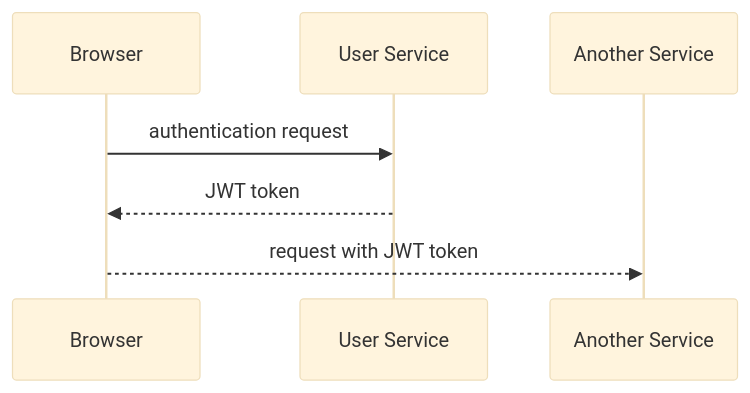
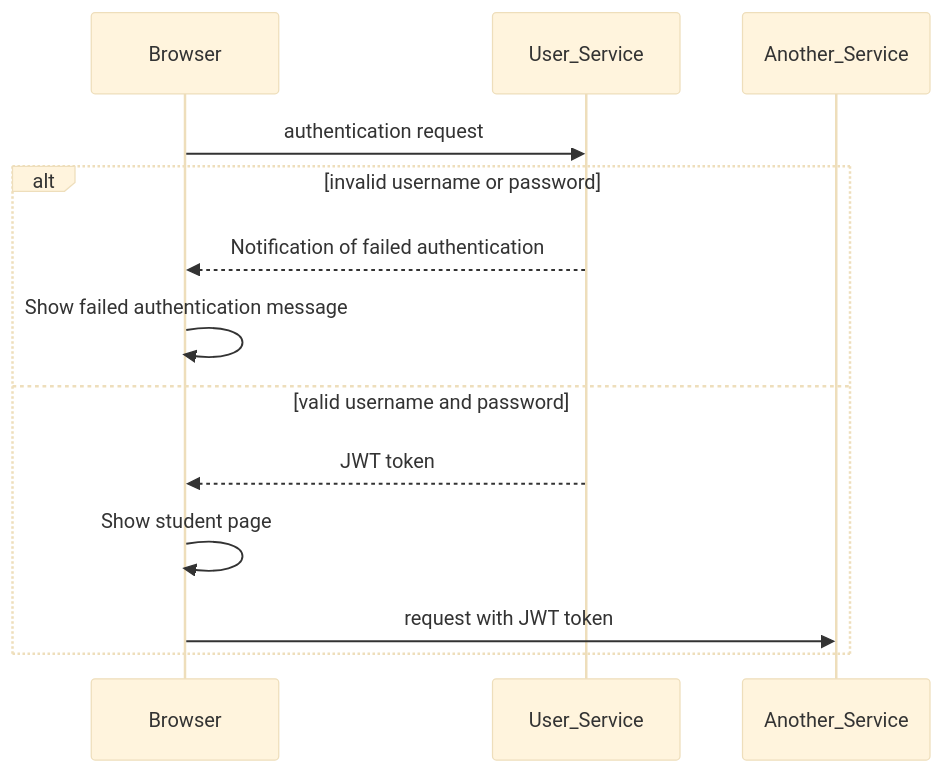
Before and after one commit to trancongbao/endeavor-docs: the diagram in Architecture.md, drawn with Mermaid (base theme). The commit also changed other lines of this file, not shown here.

Commit message:
Architecture.md

````diff
--- a/Architecture.md
+++ b/Architecture.md
@@ -6,6 +9,15 @@
 ```mermaid
 sequenceDiagram
-    Browser->>User Service: authentication request
-    User Service-->>Browser: JWT token
-    Browser-->>Another Service: request with JWT token
+    participant Browser
+    participant User_Service
+    participant Another_Service
+    Browser ->> User_Service: authentication request
+    alt invalid username or password
+        User_Service -->> Browser: Notification of failed authentication
+        Browser ->> Browser: Show failed authentication message
+    else valid username and password
+        User_Service -->> Browser: JWT token
+        Browser ->> Browser: Show student page
+        Browser ->> Another_Service: request with JWT token
+    end
 ```
````
